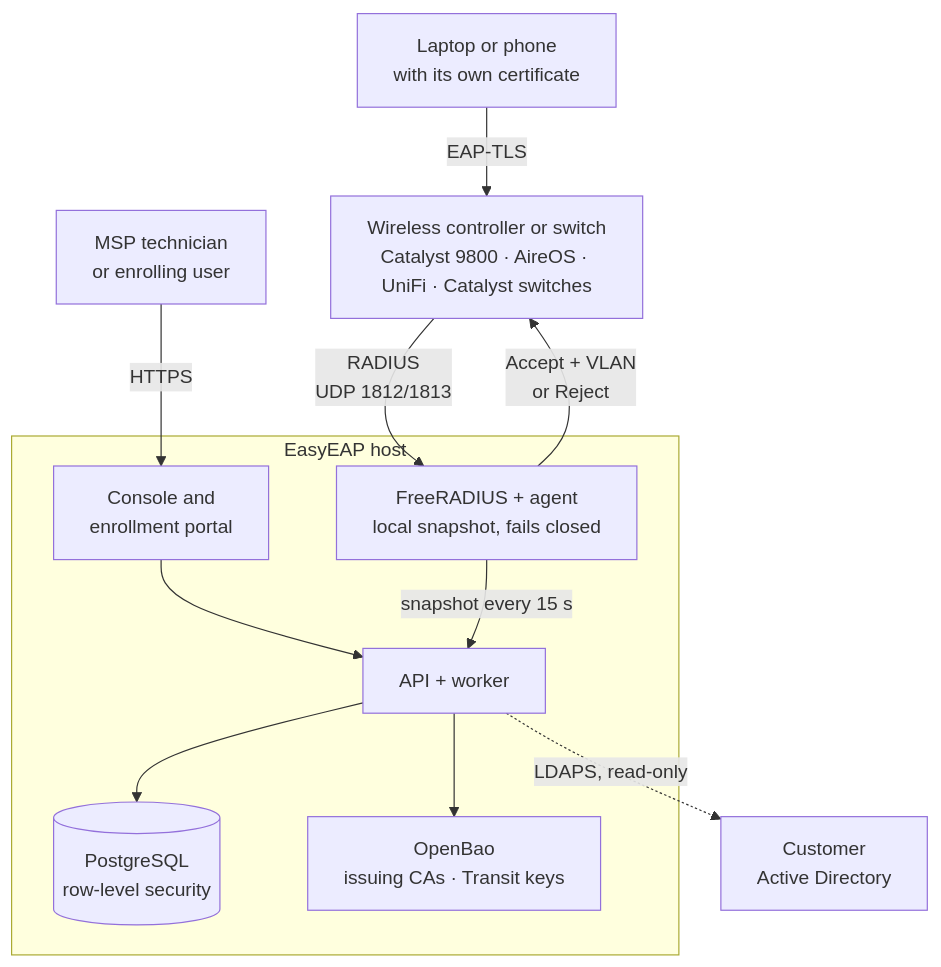
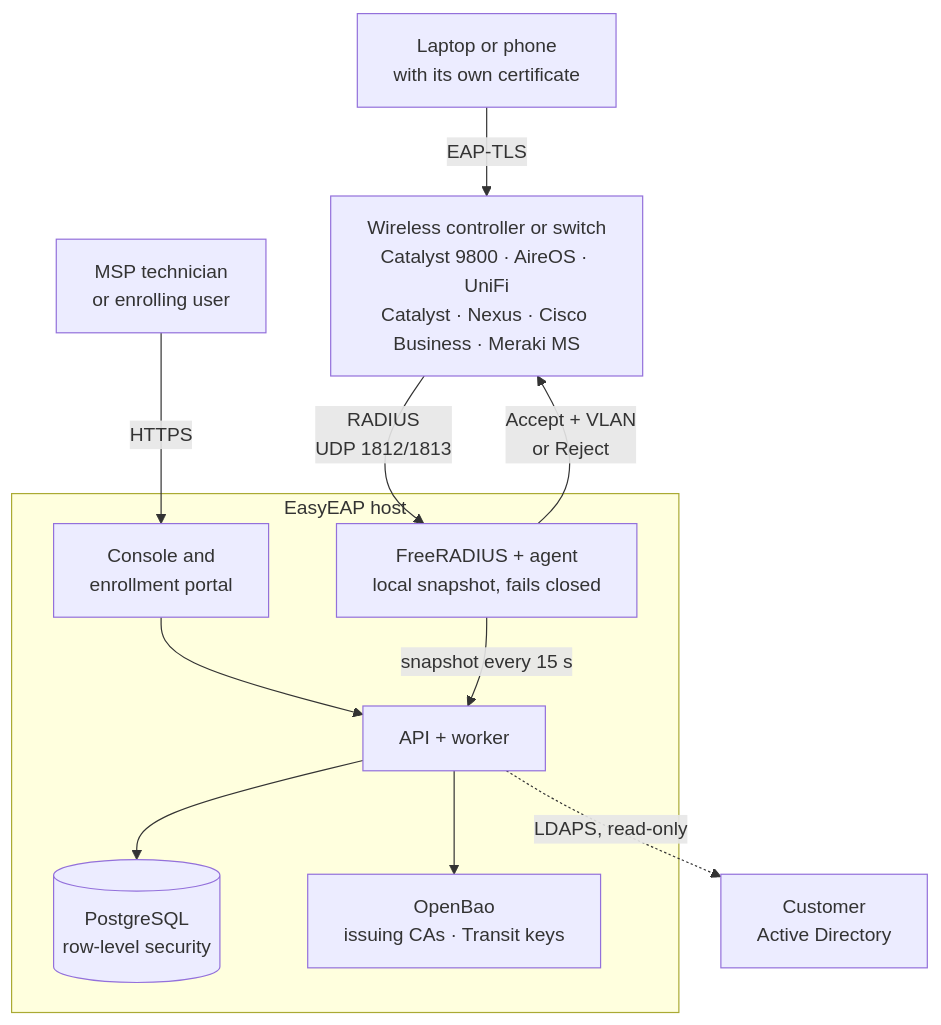
Before and after one commit to paulmataruso/EasyEAP: the diagram in README.md, drawn with Mermaid. The commit also changed other lines of this file and 20 other files, not shown here.

````diff
--- a/README.md
+++ b/README.md
@@ -185,23 +193,23 @@
 ```mermaid
 flowchart TB
   device["Laptop or phone<br/>with its own certificate"]
-  wlc["Wireless controller or switch<br/>Catalyst 9800 · AireOS · UniFi · Catalyst switches"]
+  wlc["Wireless controller or switch<br/>Catalyst 9800 · AireOS · UniFi<br/>Catalyst · Nexus · Cisco Business · Meraki MS"]
   admin["MSP technician<br/>or enrolling user"]
   subgraph host["EasyEAP host"]
     radius["FreeRADIUS + agent<br/>local snapshot, fails closed"]
     console["Console and<br/>enrollment portal"]
     api["API + worker"]
     db[("PostgreSQL<br/>row-level security")]
     bao["OpenBao<br/>issuing CAs · Transit keys"]
   end
   ad["Customer<br/>Active Directory"]
   device -- "EAP-TLS" --> wlc
   wlc -- "RADIUS<br/>UDP 1812/1813" --> radius
   radius -- "Accept + VLAN<br/>or Reject" --> wlc
   admin -- "HTTPS" --> console
   console --> api
   radius -- "snapshot every 15 s" --> api
   api --> db
   api --> bao
   api -. "LDAPS, read-only" .-> ad
 ```
````
